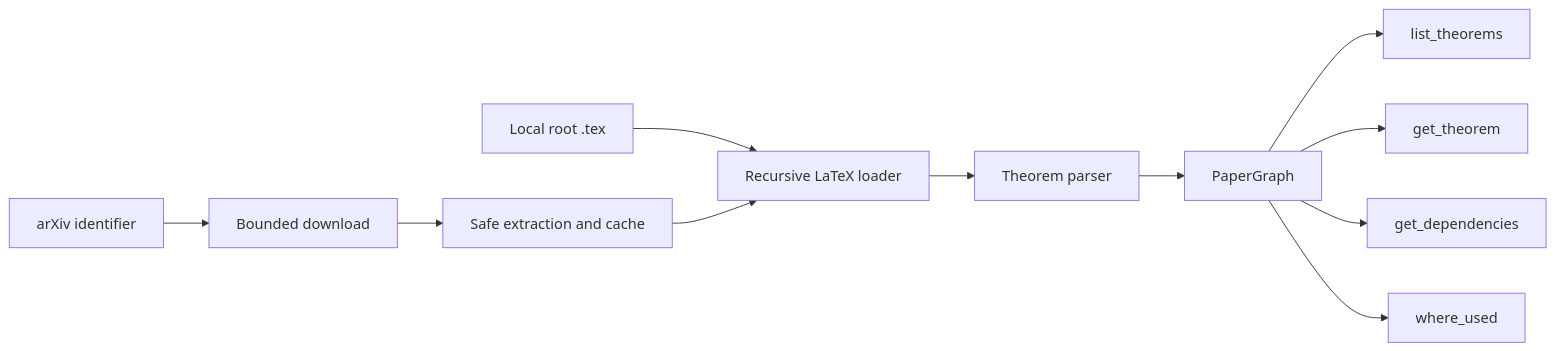
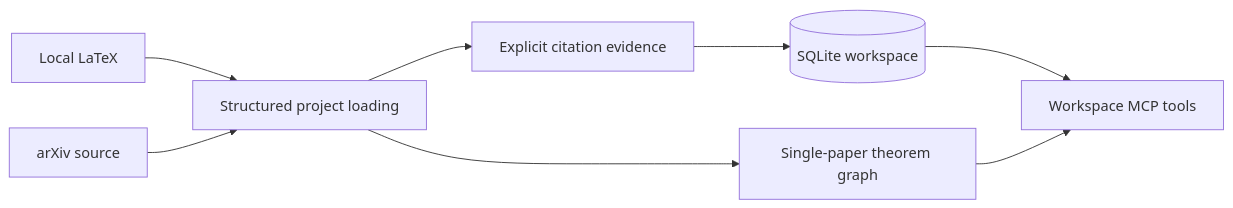
Before and after one commit to lotchuazzz-crypto/papergraph-mcp: the diagram in README.md, drawn with Mermaid. The commit also changed other lines of this file and 34 other files, not shown here.

First line of the commit message:
Feature/v0.4 cross paper graph (#6)

````diff
--- a/README.md
+++ b/README.md
@@ -101,13 +89,10 @@
 ```mermaid
 flowchart LR
-    Local[Local root .tex] --> Loader[Recursive LaTeX loader]
-    Arxiv[arXiv identifier] --> Download[Bounded download]
-    Download --> Extract[Safe extraction and cache]
-    Extract --> Loader
-    Loader --> Parser[Theorem parser]
-    Parser --> Graph[PaperGraph]
-    Graph --> List[list_theorems]
-    Graph --> Get[get_theorem]
-    Graph --> Dependencies[get_dependencies]
-    Graph --> Used[where_used]
+    Local[Local LaTeX] --> Load[Structured project loading]
+    Arxiv[arXiv source] --> Load
+    Load --> Cite[Explicit citation evidence]
+    Cite --> DB[(SQLite workspace)]
+    DB --> MCP[Workspace MCP tools]
+    Load --> Graph[Single-paper theorem graph]
+    Graph --> MCP
 ```
````
